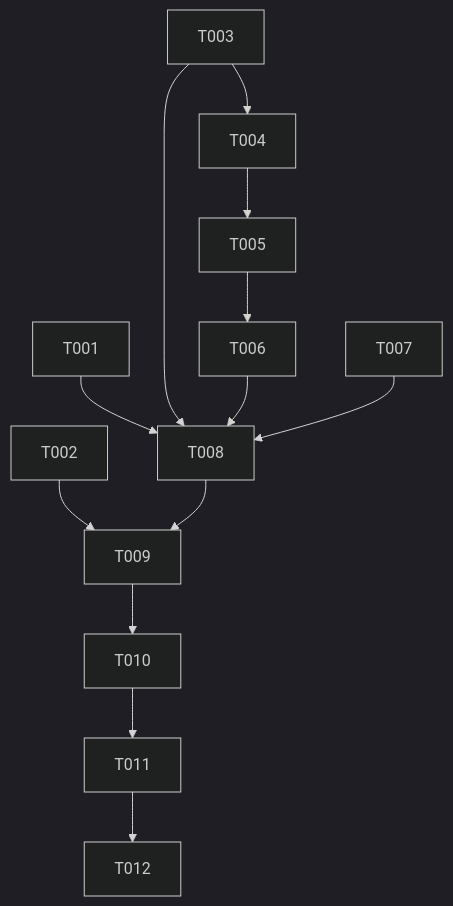
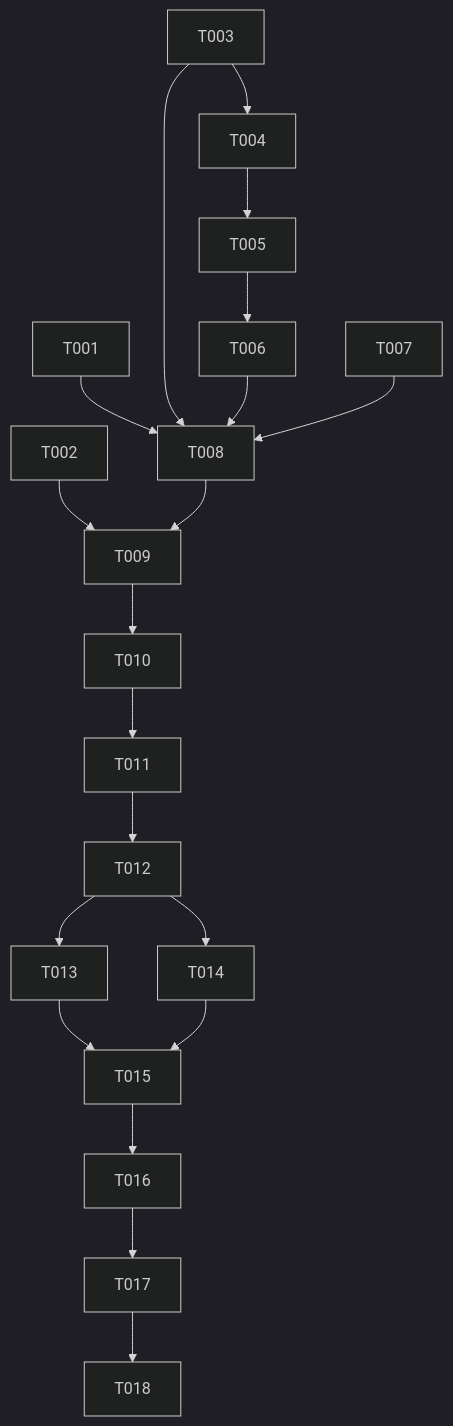
One commit to abdul-mohsen/go_ifritah changed the diagram in specs/001-pr91-direct-contract-blockers/tasks.md. Above: the diagram before and after it, drawn with Mermaid (dark theme). The commit also changed other lines of this file and 13 other files, not shown here.

````diff
--- a/specs/001-pr91-direct-contract-blockers/tasks.md
+++ b/specs/001-pr91-direct-contract-blockers/tasks.md
@@ -79,12 +108,15 @@
 ```mermaid
 flowchart TD
   T001 --> T008
   T002 --> T009
   T003 --> T004
   T003 --> T008
   T004 --> T005
   T005 --> T006
   T006 --> T008
   T007 --> T008
   T008 --> T009 --> T010 --> T011 --> T012
+  T012 --> T013 --> T015
+  T012 --> T014 --> T015
+  T015 --> T016 --> T017 --> T018
 ```
````
